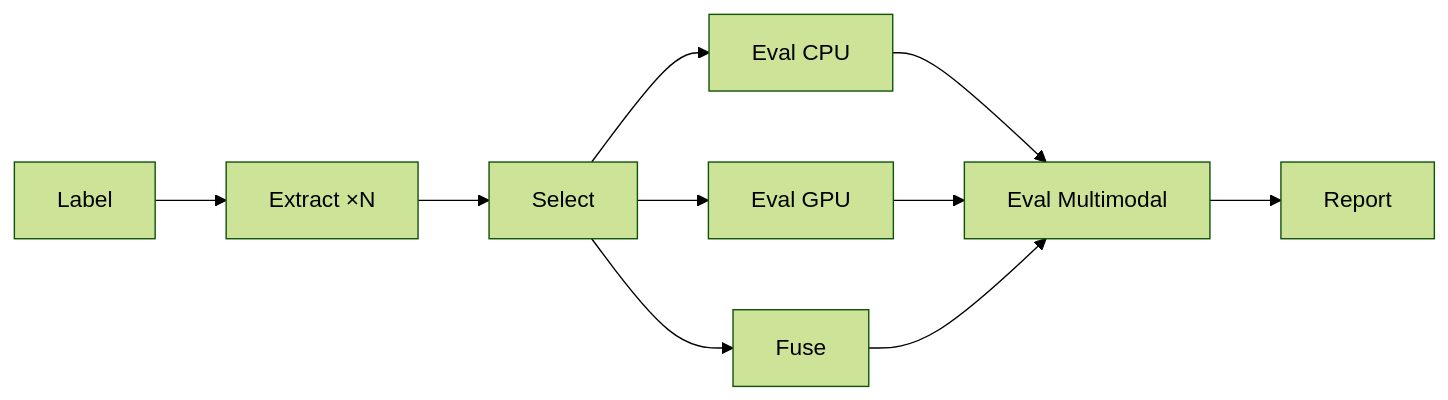
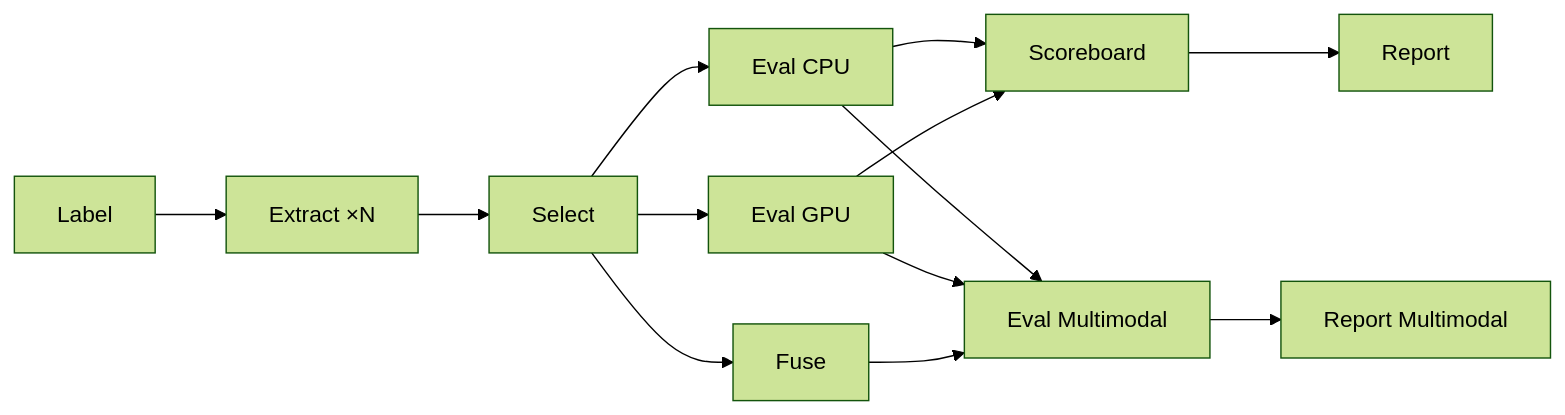
One commit to msk-access/kreview changed the diagram in README.md. Above: the diagram before and after it, drawn with Mermaid (forest theme). The commit also changed other lines of this file and 2 other files, not shown here.

````diff
--- a/README.md
+++ b/README.md
@@ -33,12 +33,15 @@
 ```mermaid
 graph LR
     A[Label] --> B["Extract ×N"]
     B --> C[Select]
     C --> D["Eval CPU"]
     C --> E["Eval GPU"]
     C --> F[Fuse]
-    D --> G["Eval Multimodal"]
+    D --> G[Scoreboard]
     E --> G
-    F --> G
+    D --> I["Eval Multimodal"]
+    E --> I
+    F --> I
     G --> H[Report]
+    I --> J["Report Multimodal"]
 ```
````
